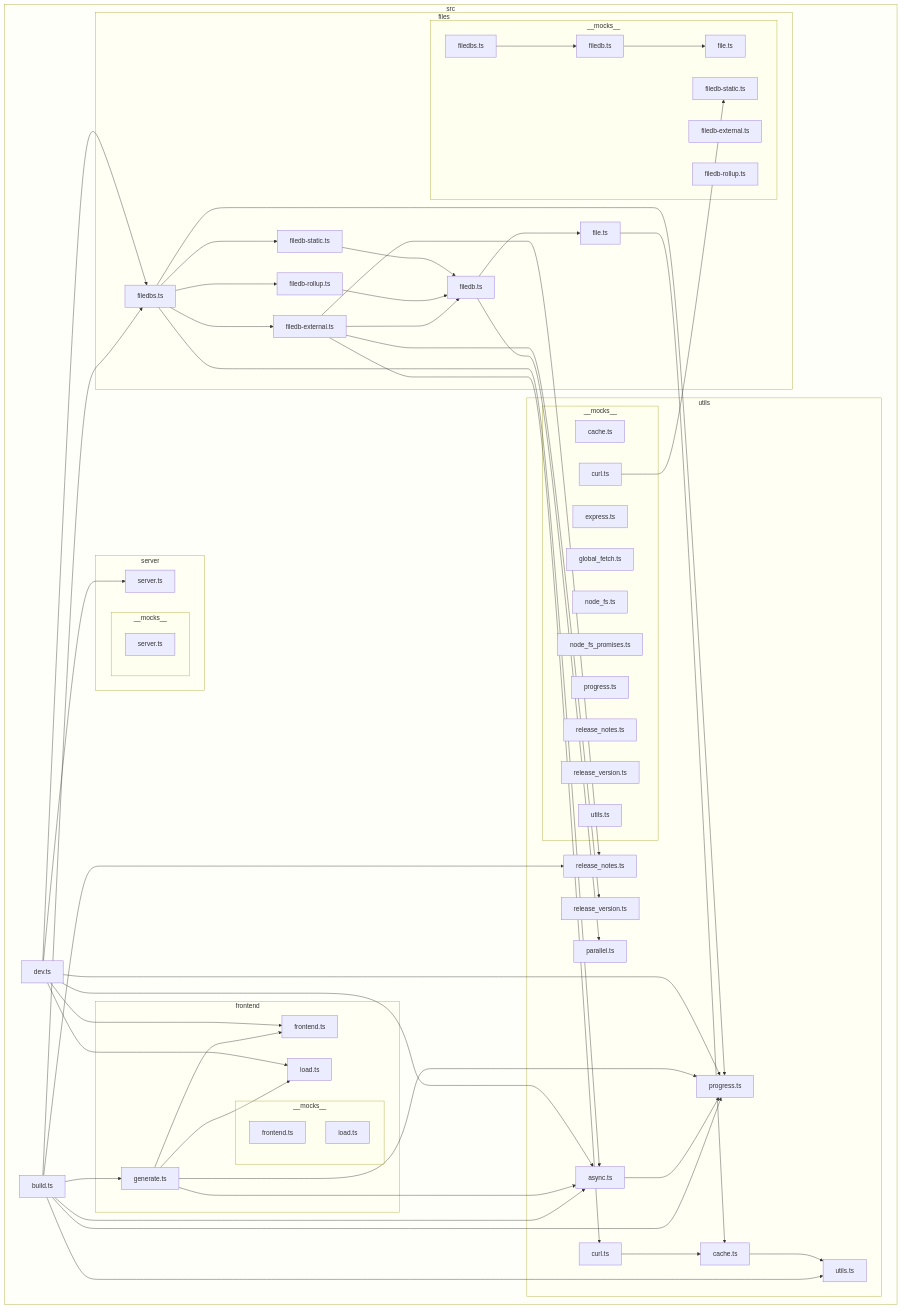
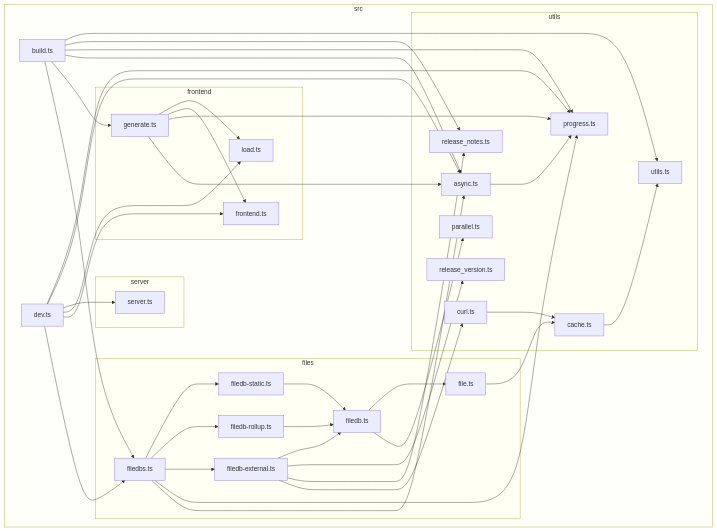
Before and after one commit to versatiles-org/versatiles-frontend: the diagram in README.md, drawn with Mermaid.

Commit message:
docs: update dep graph

````diff
--- a/README.md
+++ b/README.md
@@ -106,14 +106,6 @@
 F["file.ts"]
 G["filedb-rollup.ts"]
 H["filedb-static.ts"]
-subgraph P["__mocks__"]
-Q["file.ts"]
-R["filedb-external.ts"]
-S["filedb-rollup.ts"]
-T["filedb-static.ts"]
-U["filedb.ts"]
-V["filedbs.ts"]
-end
 end
 subgraph 4["utils"]
 5["async.ts"]
@@ -124,34 +116,15 @@
 B["release_notes.ts"]
 C["release_version.ts"]
 E["parallel.ts"]
-subgraph 11["__mocks__"]
-12["cache.ts"]
-13["curl.ts"]
-14["express.ts"]
-15["global_fetch.ts"]
-16["node_fs.ts"]
-17["node_fs_promises.ts"]
-18["progress.ts"]
-19["release_notes.ts"]
-1A["release_version.ts"]
-1B["utils.ts"]
-end
 end
 subgraph I["frontend"]
 J["generate.ts"]
 K["frontend.ts"]
 L["load.ts"]
-subgraph W["__mocks__"]
-X["frontend.ts"]
-Y["load.ts"]
-end
 end
 M["dev.ts"]
 subgraph N["server"]
 O["server.ts"]
-subgraph Z["__mocks__"]
-10["server.ts"]
-end
 end
 end
 1-->3
@@ -187,17 +160,10 @@
 M-->O
 M-->5
 M-->6
-U-->Q
-V-->U
-13-->T
 
 style 0 fill-opacity:0.2
 style 2 fill-opacity:0.2
-style P fill-opacity:0.2
 style 4 fill-opacity:0.2
-style 11 fill-opacity:0.2
 style I fill-opacity:0.2
-style W fill-opacity:0.2
 style N fill-opacity:0.2
-style Z fill-opacity:0.2
 ```
````
